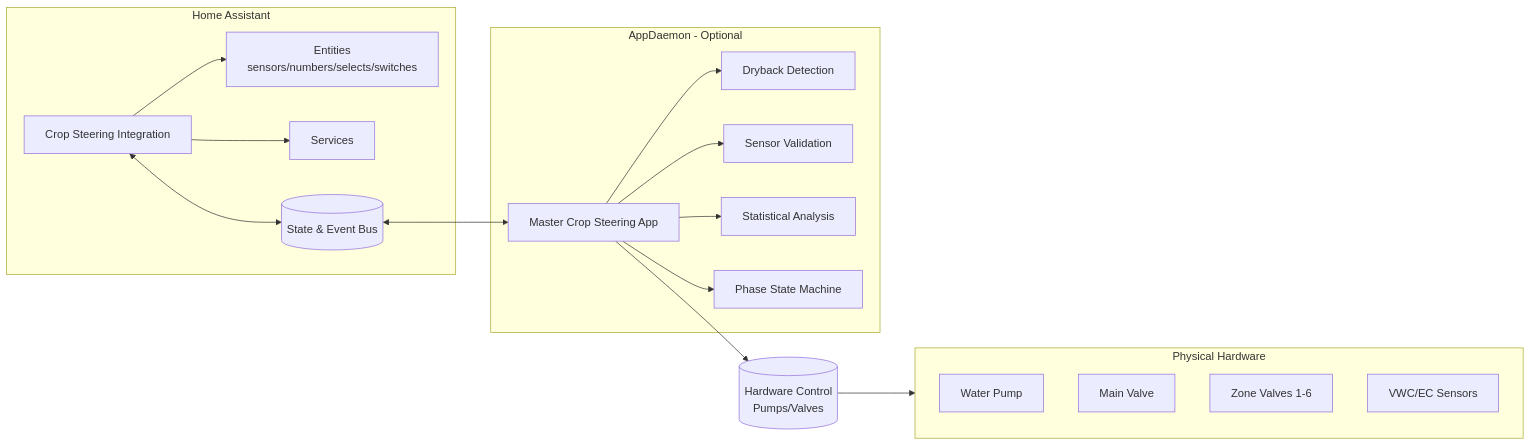
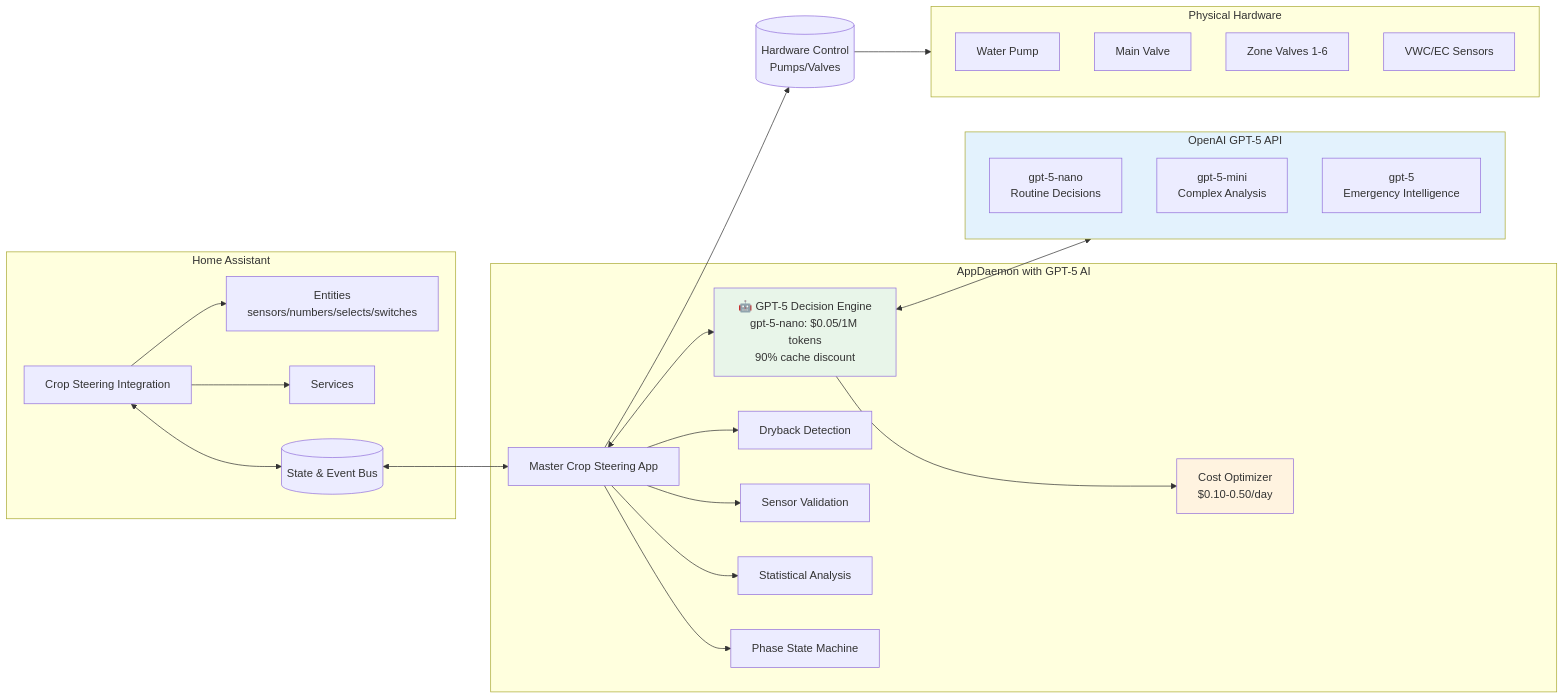
The tenth of 10 diagrams in README.md (stewnight/HA-Irrigation-Strategy), drawn with Mermaid before and after one commit. The commit also changed other lines of this file, not shown here.

First line of the commit message:
docs: Transform README with comprehensive GPT-5 AI showcase

````diff
--- a/README.md
+++ b/README.md
@@ -1014,37 +1090,53 @@
 ```mermaid
 flowchart LR
   subgraph HA[Home Assistant]
     I[Crop Steering Integration]
     E[Entities<br/>sensors/numbers/selects/switches]
     SVC[Services]
     BUS[(State & Event Bus)]
   end
 
   I --> E
   I --> SVC
   I <--> BUS
 
-  subgraph AD[AppDaemon - Optional]
+  subgraph AD[AppDaemon with GPT-5 AI]
     M[Master Crop Steering App]
+    AI[🤖 GPT-5 Decision Engine<br/>gpt-5-nano: $0.05/1M tokens<br/>90% cache discount]
     D[Dryback Detection]
-    F[Sensor Validation]
+    F[Sensor Validation] 
     P[Statistical Analysis]
     SM[Phase State Machine]
+    COST[Cost Optimizer<br/>$0.10-0.50/day]
   end
 
   BUS <--> M
+  M <--> AI
+  AI --> COST
   M --> D
   M --> F
   M --> P
   M --> SM
   M --> HW[(Hardware Control<br/>Pumps/Valves)]
+  
+  subgraph API[OpenAI GPT-5 API]
+    NANO[gpt-5-nano<br/>Routine Decisions]
+    MINI[gpt-5-mini<br/>Complex Analysis]
+    FULL[gpt-5<br/>Emergency Intelligence]
+  end
+  
+  AI <--> API
   
   subgraph HW_DETAIL[Physical Hardware]
     PUMP[Water Pump]
     MAIN[Main Valve]
     ZONES[Zone Valves 1-6]
     SENSORS[VWC/EC Sensors]
   end
   
   HW --> HW_DETAIL
+  
+  style AI fill:#e8f5e9
+  style COST fill:#fff3e0
+  style API fill:#e3f2fd
 ```
````
